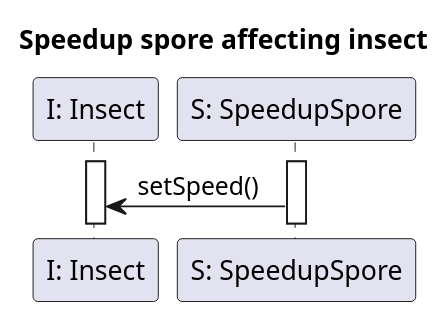
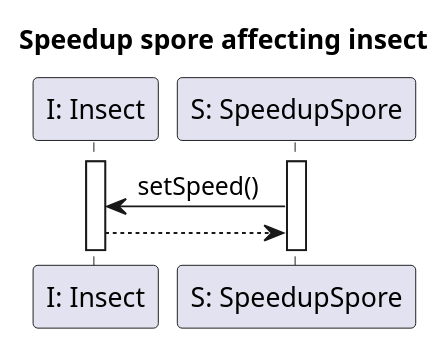
Before and after one commit to Klastiv/Projlab_nullpointerexception: the diagram in diagrams/diagramFiles/SQ_SporeAffectsInsectWithSpeedup.puml, drawn with PlantUML. The commit also changed 3 other files, not shown here.

```diff
--- a/diagrams/diagramFiles/SQ_SporeAffectsInsectWithSpeedup.puml
+++ b/diagrams/diagramFiles/SQ_SporeAffectsInsectWithSpeedup.puml
@@ -1,13 +1,14 @@
 @startuml InsectSpeedUp
 
 title Speedup spore affecting insect
 
 participant "I: Insect" as I
 participant "S: SpeedupSpore" as Sp
 
 activate I
 activate Sp
 
 Sp -> I : setSpeed()
+I --> Sp
 
 @enduml
```
